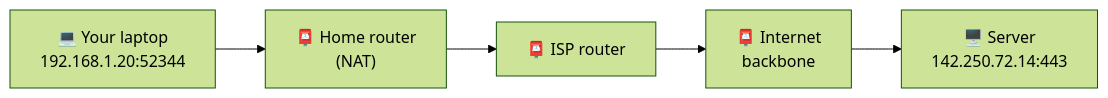
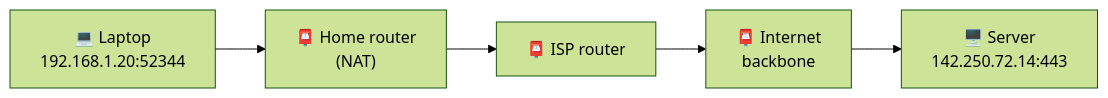
Before and after one commit to winnyboy5/System-Design-from-Atoms: the diagram in phases/02-networking/009-ip-ports-packets.md, drawn with Mermaid (forest theme). The commit also changed other lines of this file and 7 other files, not shown here.

````diff
--- a/phases/02-networking/009-ip-ports-packets.md
+++ b/phases/02-networking/009-ip-ports-packets.md
@@ -28,7 +38,7 @@
 ```mermaid
 flowchart LR
-    C["💻 Your laptop<br/>192.168.1.20:52344"] --> R1["📮 Home router<br/>(NAT)"]
+    C["💻 Laptop<br/>192.168.1.20:52344"] --> R1["📮 Home router<br/>(NAT)"]
     R1 --> R2["📮 ISP router"]
     R2 --> R3["📮 Internet<br/>backbone"]
     R3 --> S["🖥️ Server<br/>142.250.72.14:443"]
 ```
````
